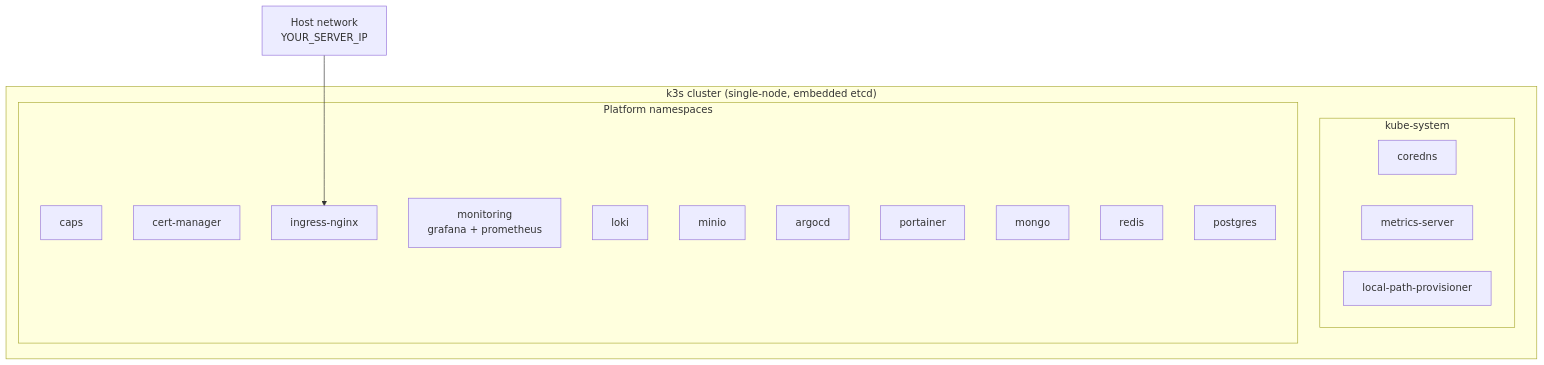
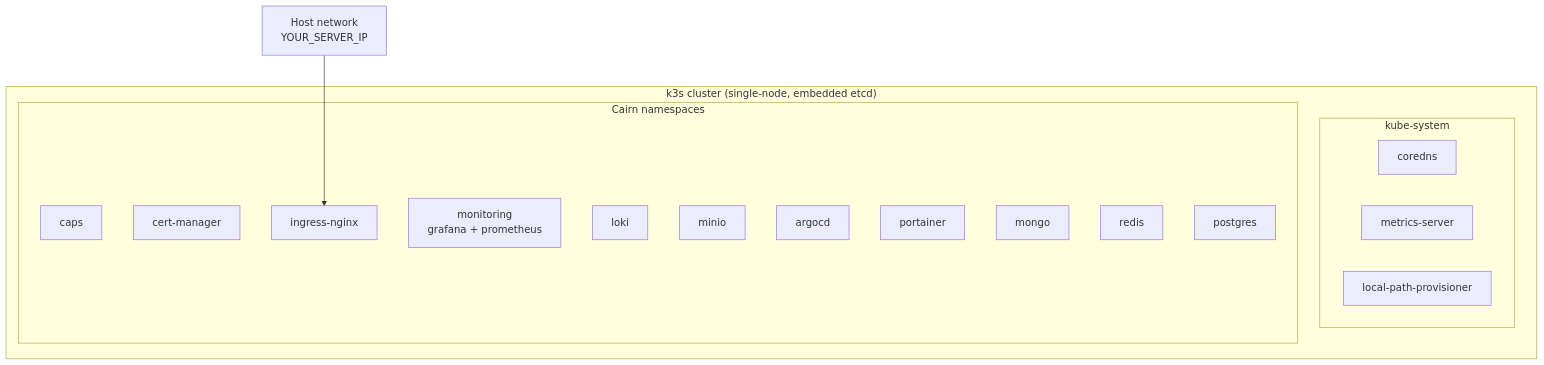
The first of 2 diagrams in docs/architecture/k8s-infrastructure.md (Mpratyush54/server-automation), drawn with Mermaid before and after one commit. The commit also changed other lines of this file and 81 other files, not shown here.

````diff
--- a/docs/architecture/k8s-infrastructure.md
+++ b/docs/architecture/k8s-infrastructure.md
@@ -5,28 +5,28 @@
 ```mermaid
 graph TB
     HOST["Host network<br/>YOUR_SERVER_IP"]
 
     subgraph CLUSTER["k3s cluster (single-node, embedded etcd)"]
         subgraph KS[kube-system]
             COREDNS[coredns]
             METRICS[metrics-server]
             LPP[local-path-provisioner]
         end
 
-        subgraph PLATFORM_NS[Platform namespaces]
+        subgraph PLATFORM_NS[Cairn namespaces]
             CAPS[caps]
             CM[cert-manager]
             ING[ingress-nginx]
             MON["monitoring<br/>grafana + prometheus"]
             LOKI[loki]
             MINIO[minio]
             ARGO[argocd]
             PORT[portainer]
             MONGO[mongo]
             REDIS[redis]
             PG[postgres]
         end
     end
 
     HOST --> ING
 ```
````
